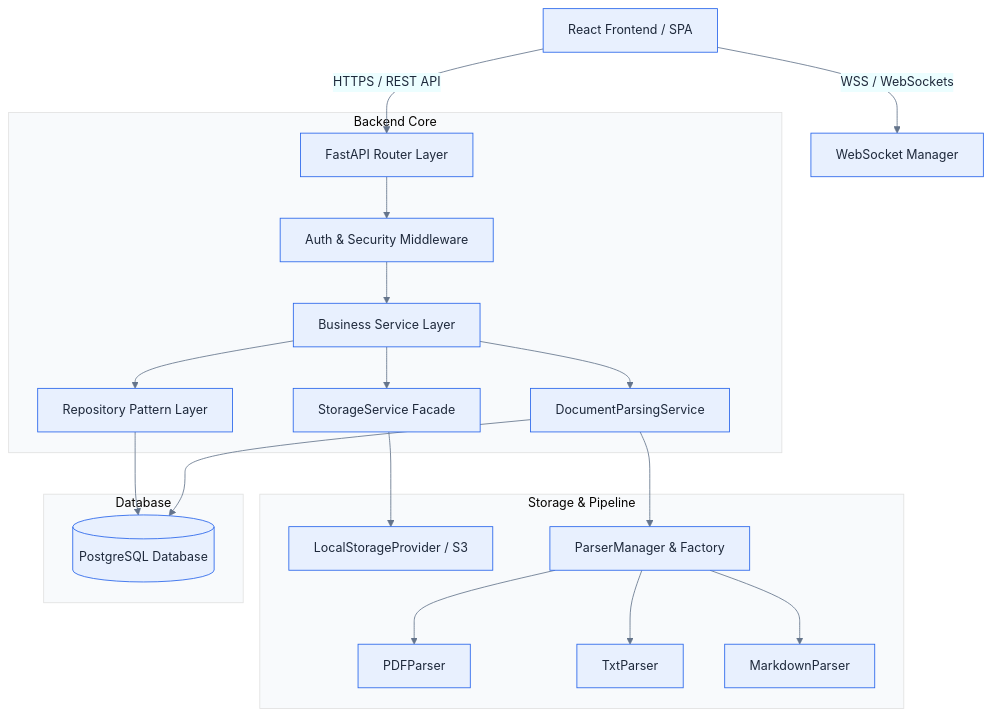
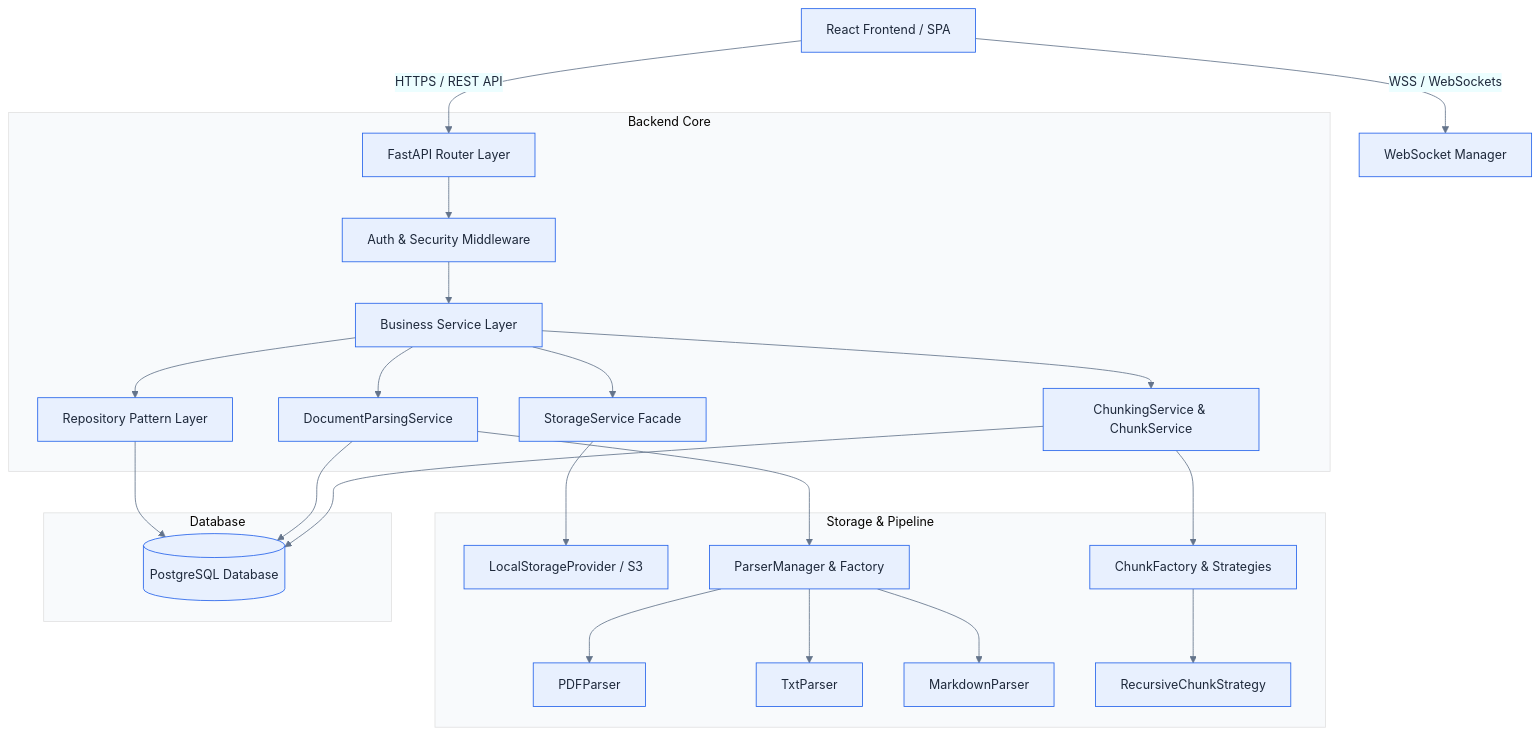
The first of 7 diagrams in README.md (joshi-chinmay-016/SkillSwap), drawn with Mermaid before and after one commit. The commit also changed other lines of this file and 15 other files, not shown here.

````diff
--- a/README.md
+++ b/README.md
@@ -83,39 +89,43 @@
 ```mermaid
 %%{init: {
 "theme":"base",
 "themeVariables":{
 "primaryColor":"#E8F0FE",
 "primaryBorderColor":"#2563EB",
 "primaryTextColor":"#1E293B",
 "secondaryColor":"#ECFEFF",
 "tertiaryColor":"#F8FAFC",
 "lineColor":"#64748B",
 "fontSize":"15px"
 }
 }}%%
 graph TD
     Client[React Frontend / SPA] -->|HTTPS / REST API| Router[FastAPI Router Layer]
     Client -->|WSS / WebSockets| WS[WebSocket Manager]
     
     subgraph Backend Core
         Router --> Auth[Auth & Security Middleware]
         Auth --> Service[Business Service Layer]
         Service --> Repo[Repository Pattern Layer]
         
         Service --> StorageSvc[StorageService Facade]
         Service --> ParseSvc[DocumentParsingService]
+        Service --> ChunkingSvc[ChunkingService & ChunkService]
     end
     
     subgraph Storage & Pipeline
         StorageSvc --> StorageProv[LocalStorageProvider / S3]
         ParseSvc --> ParserMgr[ParserManager & Factory]
         ParserMgr --> PDFP[PDFParser]
         ParserMgr --> TXTP[TxtParser]
         ParserMgr --> MDP[MarkdownParser]
+        ChunkingSvc --> ChunkFactory[ChunkFactory & Strategies]
+        ChunkFactory --> RecursiveStrat[RecursiveChunkStrategy]
     end
     
     subgraph Database
         Repo --> DB[(PostgreSQL Database)]
         ParseSvc --> DB
+        ChunkingSvc --> DB
     end
 ```
````
